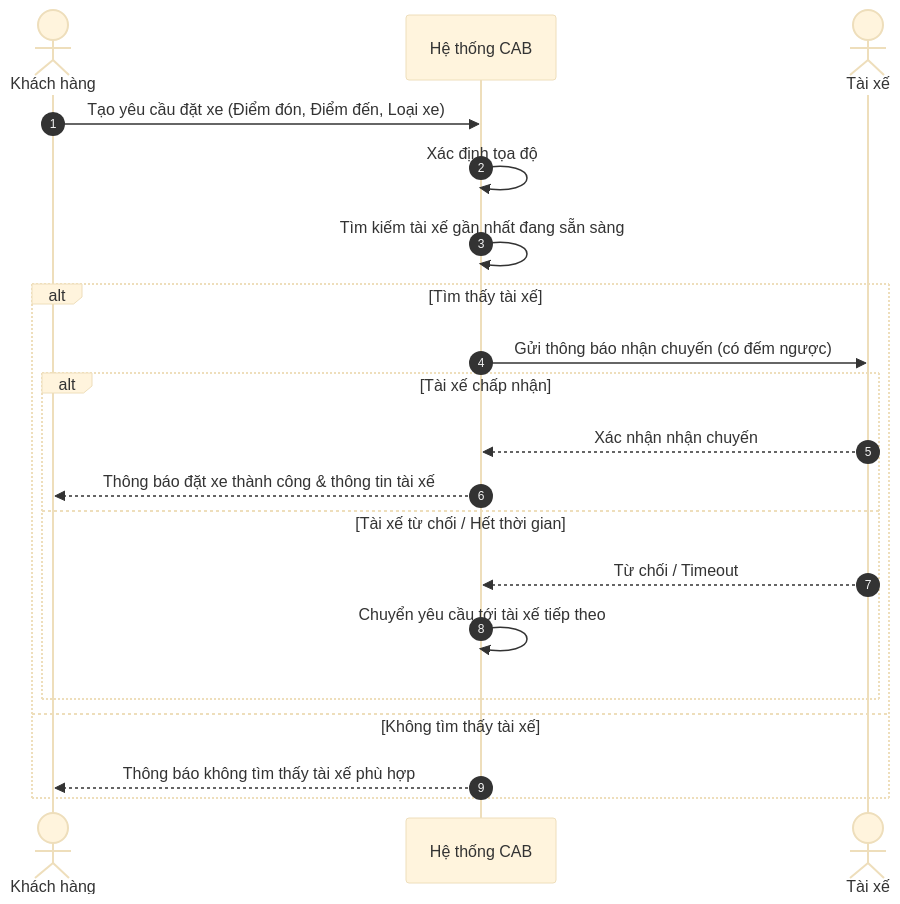
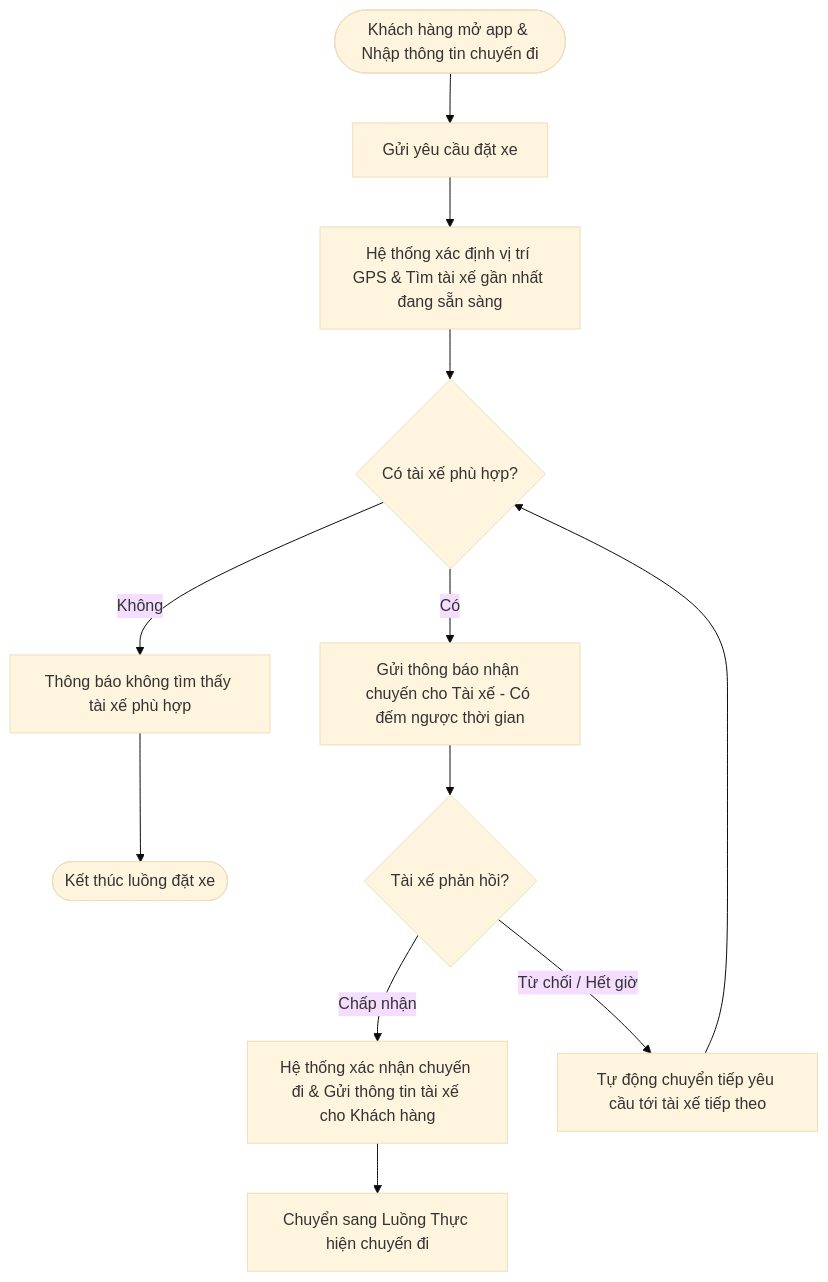
One commit to itsmeThien/23674831_NguyenQuocThien_CABSYSTEM changed the second of 3 diagrams in srs.md. Above: the diagram before and after it, drawn with Mermaid (base theme). The commit also changed other lines of this file, not shown here.

````diff
--- a/srs.md
+++ b/srs.md
@@ -87,26 +87,20 @@
 ```mermaid
-sequenceDiagram
-    autonumber
-    actor KH as Khách hàng
-    participant HT as Hệ thống CAB
-    actor TX as Tài xế
+flowchart TD
+    Start([Khách hàng mở app & Nhập thông tin chuyến đi]) --> Request[Gửi yêu cầu đặt xe]
+    Request --> FindDriver[Hệ thống xác định vị trí GPS & Tìm tài xế gần nhất đang sẵn sàng]
+    
+    FindDriver --> CheckFound{Có tài xế phù hợp?}
+    
+    CheckFound -- Không --> NotifyNoDriver[Thông báo không tìm thấy tài xế phù hợp]
+    NotifyNoDriver --> EndNoDriver([Kết thúc luồng đặt xe])
 
-    KH->>HT: Tạo yêu cầu đặt xe (Điểm đón, Điểm đến, Loại xe)
-    HT->>HT: Xác định tọa độ
-    HT->>HT: Tìm kiếm tài xế gần nhất đang sẵn sàng
+    CheckFound -- Có --> SendOffer[Gửi thông báo nhận chuyến cho Tài xế - Có đếm ngược thời gian]
+    
+    SendOffer --> DriverResponse{Tài xế phản hồi?}
+    
+    DriverResponse -- Chấp nhận --> ConfirmBooking[Hệ thống xác nhận chuyến đi & Gửi thông tin tài xế cho Khách hàng]
+    ConfirmBooking --> Transition[Chuyển sang Luồng Thực hiện chuyến đi]
 
-    alt Tìm thấy tài xế
-        HT->>TX: Gửi thông báo nhận chuyến (có đếm ngược)
-
-        alt Tài xế chấp nhận
-            TX-->>HT: Xác nhận nhận chuyến
-            HT-->>KH: Thông báo đặt xe thành công & thông tin tài xế
-        else Tài xế từ chối / Hết thời gian
-            TX-->>HT: Từ chối / Timeout
-            HT->>HT: Chuyển yêu cầu tới tài xế tiếp theo
-        end
-
-    else Không tìm thấy tài xế
-        HT-->>KH: Thông báo không tìm thấy tài xế phù hợp
-    end
+    DriverResponse -- Từ chối / Hết giờ --> ForwardNext[Tự động chuyển tiếp yêu cầu tới tài xế tiếp theo]
+    ForwardNext --> CheckFound
 ```
````
